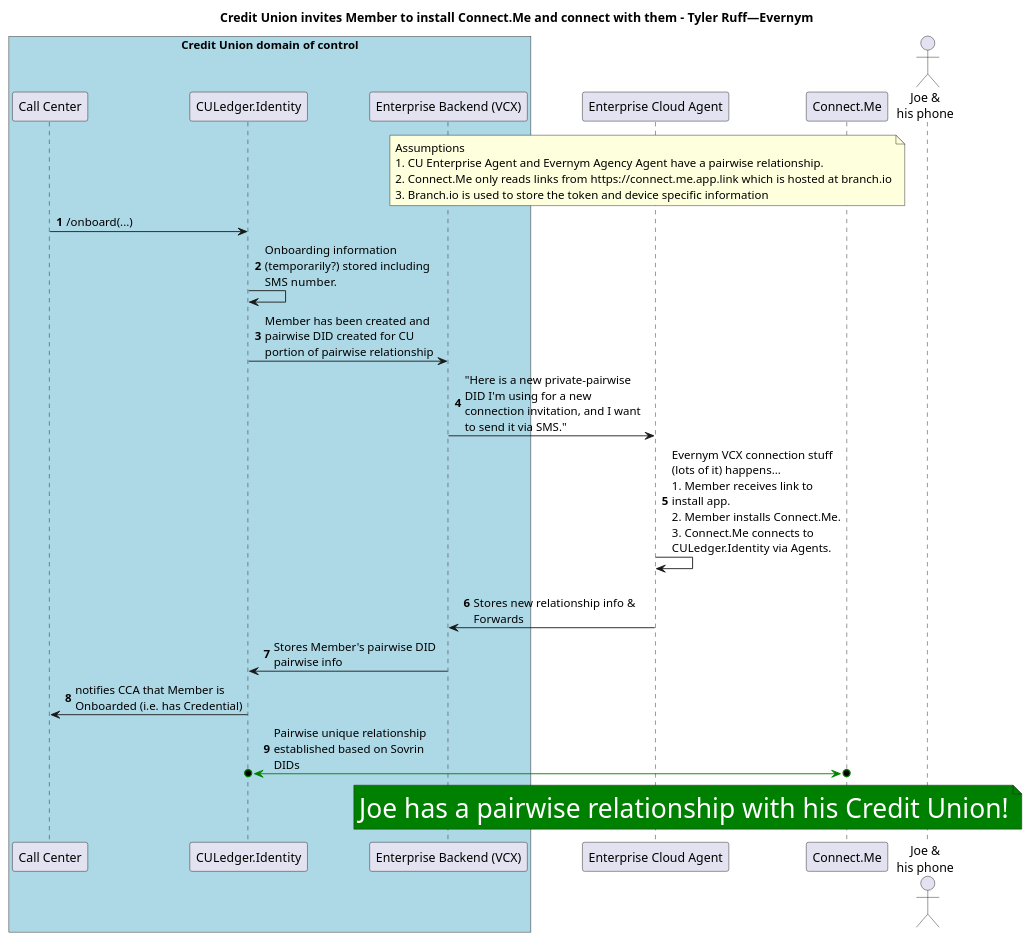
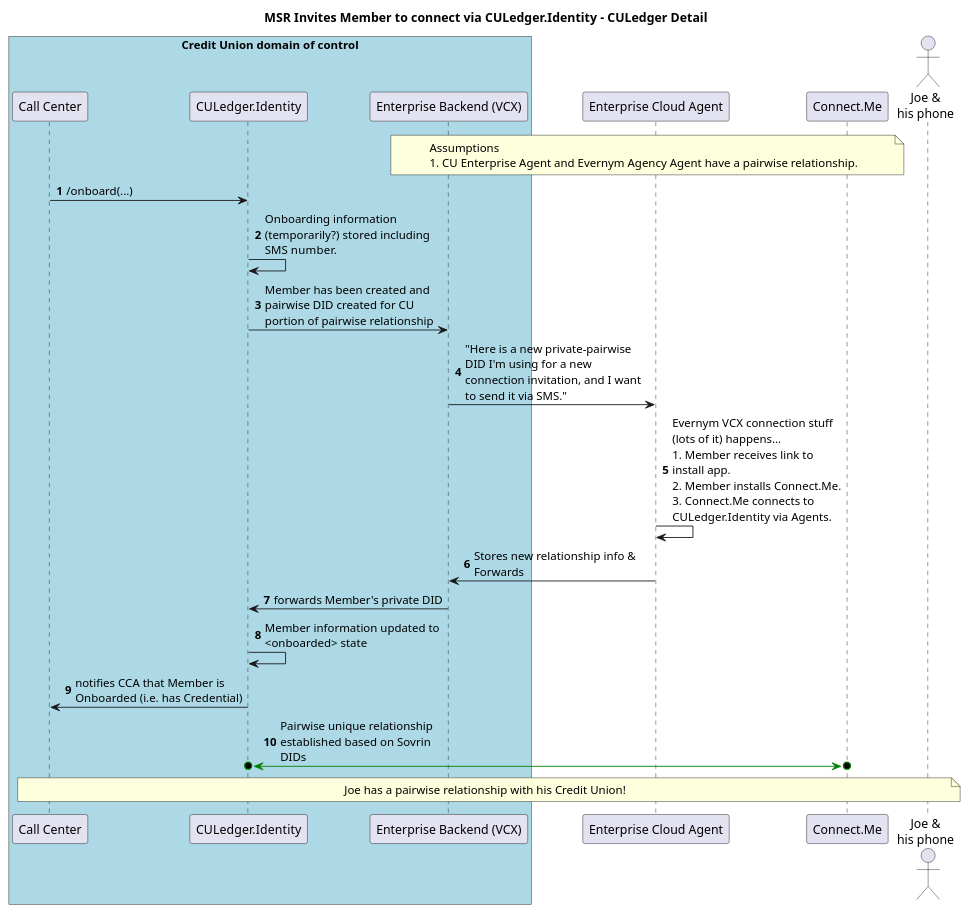
One commit to peacekeeper/CULedger.IdentityAPI changed the diagram in puml/OnboardingMember-CULedgerDetail.puml. Above: the diagram before and after it, drawn with PlantUML. The commit also changed 28 other files, not shown here.

```diff
--- a/puml/OnboardingMember-CULedgerDetail.puml
+++ b/puml/OnboardingMember-CULedgerDetail.puml
@@ -1,92 +1,91 @@
 @startuml
 skinparam maxmessagesize 200
 box "Credit Union domain of control" #lightblue
 participant "Call Center" as cca
 participant "CULedger.Identity" as cuid
 participant "Enterprise Backend (VCX)" as cu
 end box
 
 participant "Enterprise Cloud Agent" as cuag
 /'
 database "Branch.io" as bra
 box "Evernym Agency" #lightgreen
 participant "Agency Agent" as agag
 participant "Personal Cloud Agent" as conag
 end box
 '/
 
 participant "Connect.Me" as con
 actor "Joe &\nhis phone" as joe
 
 
-title Credit Union invites Member to install Connect.Me and connect with them - Tyler Ruff—Evernym
+title MSR Invites Member to connect via CULedger.Identity - CULedger Detail
 
 note over cu, con
 Assumptions
 1. CU Enterprise Agent and Evernym Agency Agent have a pairwise relationship.
-2. Connect.Me only reads links from https://connect.me.app.link which is hosted at branch.io
-3. Branch.io is used to store the token and device specific information
 end note
 autonumber
 cca -> cuid: /onboard(...)
 cuid -> cuid: Onboarding information (temporarily?) stored including SMS number.
 cuid -> cu: Member has been created and pairwise DID created for CU portion of pairwise relationship
 cu -> cuag: "Here is a new private-pairwise DID I'm using for a new connection invitation, and I want to send it via SMS."
 /'
 
 cuag -> cuag: Decides on new or existing endpoint for callback (when invite gets accepted, this is where the acceptor will go to find the invitation info) & generates a callback url
 cuag -> agag: "Please store this callback url for a new connection invitation I want to send out, and pls give me a url to use in the invitation"
 
 
 agag -> agag: Generates tokenized url
 agag -> bra: Stores token and callback url from CU
 bra -> agag: Returns success
 agag -> cuag: Passes tokenized url
 cuag -> joe: Sends SMS with tokenized url and other text "UFCU wants you to install this app to get your MyCUID!"
 joe -> bra: Joe's phone clicks link which opens browser which navigates to branch.io, finds callbackurl
 bra -> bra: Associates token with Joe's phone
 bra -> joe: Redirects browser to appstore
 joe -> con: Installs & launches app
 group These are default api calls each first-time app launch triggers
 con -> agag: App calls home and asks for new cloud agent for Joe
 create conag
 agag -> conag: Creates
 conag <--> con: Pairwise connection established
 con -> bra: On first launch, app asks "I am Joe's phone, do you have anything for me?"
 end
 bra -> con: Knows Joe's phone is associated with the token, so it passes callback url & token
 con -> cuag: Hits callback url, says "here's my token, what do you have for me?"
 cuag -> con: Passes unencrypted connection invitation information in json
 note left of con
 <color:blue>Invite json looks like this</color> {
     for_did: DID,
     for_verkey: VERKEY,
     eagent_key: EAGENT_KEY, #enterprise agent public key for this DID
     signature: SIG, # of the the above key signed by Organization
     conn_name: NAME, # of the Connection Issuer
     logo_url: LOGO, # Url of the Avatar Image
 }
 end note
 con -> joe: Displays invitation from CU
 joe -> con: Accepts invite
 con -> con: Generates Joe' side of the pairwise relationship, stores both sides
 par2
 con -> conag: Joe is accepting CU invite, here is his pairwise acceptance details
 else
 conag -> cuag: \nStores new relationship info & Forwards
 else
 cuag -> cu: \nStores new relationship info & Forwards
 end
 '/
 cuag -> cuag: Evernym VCX connection stuff (lots of it) happens...\n1. Member receives link to install app.\n2. Member installs Connect.Me.\n3. Connect.Me connects to CULedger.Identity via Agents.
-cuag -> cu: \nStores new relationship info & Forwards
-cu -> cuid: Stores Member's pairwise DID pairwise info
+cuag -> cu: Stores new relationship info & Forwards
+cu -> cuid: forwards Member's private DID
+cuid -> cuid: Member information updated to <onboarded> state
 cuid -> cca: notifies CCA that Member is Onboarded (i.e. has Credential)
 
 skinparam arrowsize 10
 cuid o<-[#green]>o con: Pairwise unique relationship established based on Sovrin DIDs
-note over cu, joe #green
-<color: white><size: 30>Joe has a pairwise relationship with his Credit Union!</size></color>
+note over cca, joe
+Joe has a pairwise relationship with his Credit Union!
 end note
 
 @enduml
```
